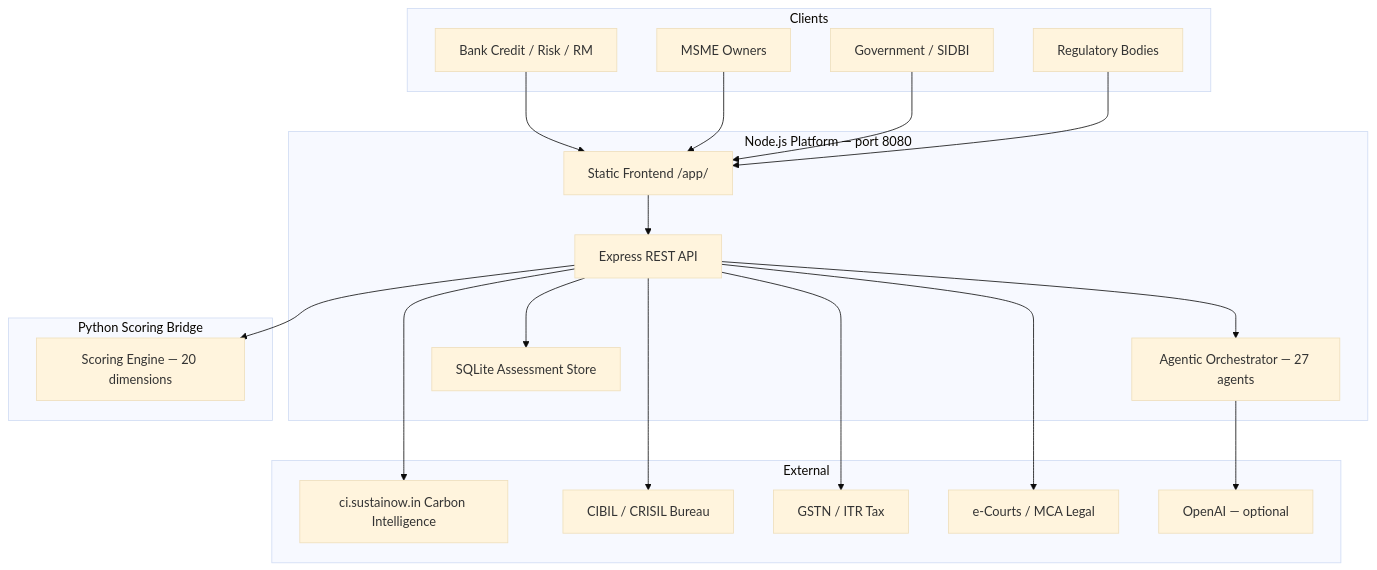
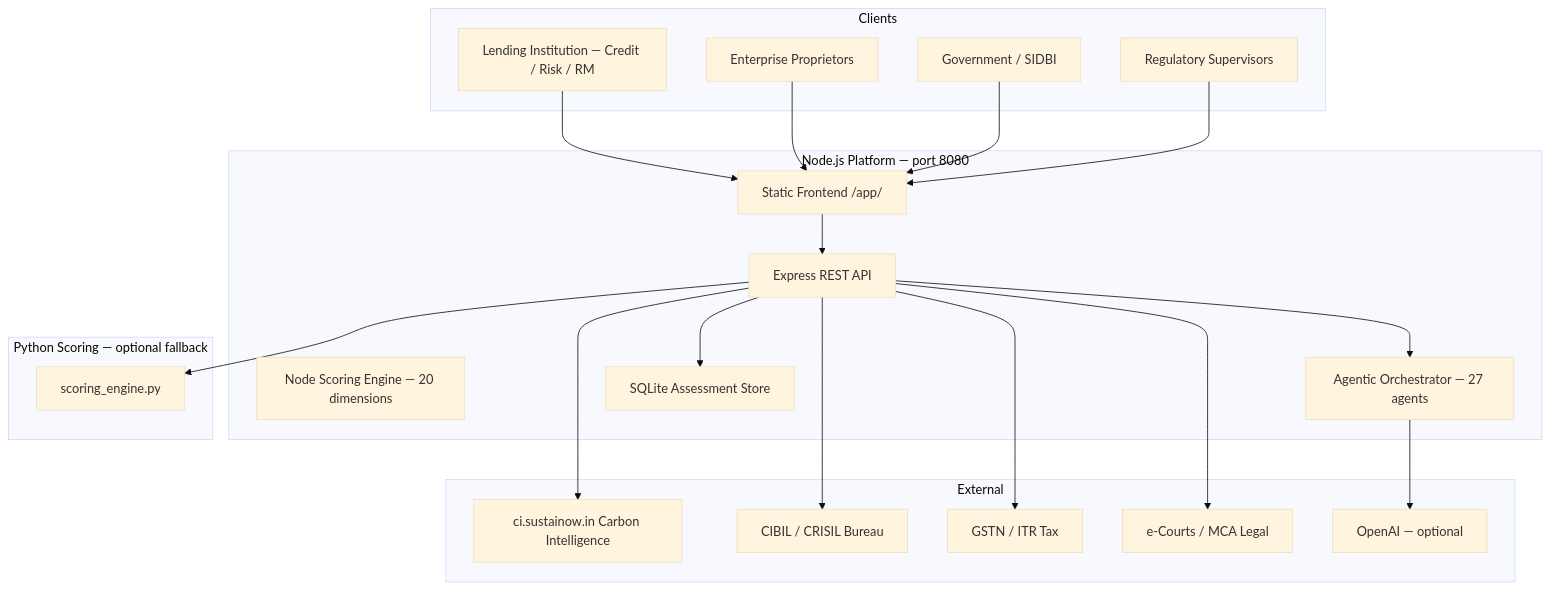
The first of 3 diagrams in docs/ARCHITECTURE.md (carbonintelli/FinancialHealthScore), drawn with Mermaid (base theme) before and after one commit. The commit also changed other lines of this file and 9 other files, not shown here.

````diff
--- a/docs/ARCHITECTURE.md
+++ b/docs/ARCHITECTURE.md
@@ -11,36 +11,37 @@
 ```mermaid
 flowchart TB
     subgraph Clients
-        BANK[Bank Credit / Risk / RM]
-        MSME[MSME Owners]
+        BANK[Lending Institution — Credit / Risk / RM]
+        MSME[Enterprise Proprietors]
         GOVT[Government / SIDBI]
-        REG[Regulatory Bodies]
+        REG[Regulatory Supervisors]
     end
 
     subgraph Node[Node.js Platform — port 8080]
         WEB[Express REST API]
+        SCORE[Node Scoring Engine — 20 dimensions]
         AGENTS[Agentic Orchestrator — 27 agents]
         STORE[SQLite Assessment Store]
         FE[Static Frontend /app/]
     end
 
-    subgraph Python[Python Scoring Bridge]
-        SE[Scoring Engine — 20 dimensions]
+    subgraph Python[Python Scoring — optional fallback]
+        SE[scoring_engine.py]
     end
 
     subgraph External
         CI[ci.sustainow.in Carbon Intelligence]
         BU[CIBIL / CRISIL Bureau]
         TX[GSTN / ITR Tax]
         LG[e-Courts / MCA Legal]
         OAI[OpenAI — optional]
     end
 
     BANK & MSME & GOVT & REG --> FE
     FE --> WEB
     WEB --> AGENTS
     WEB --> SE
     AGENTS --> OAI
     WEB --> BU & TX & LG & CI
     WEB --> STORE
 ```
````
